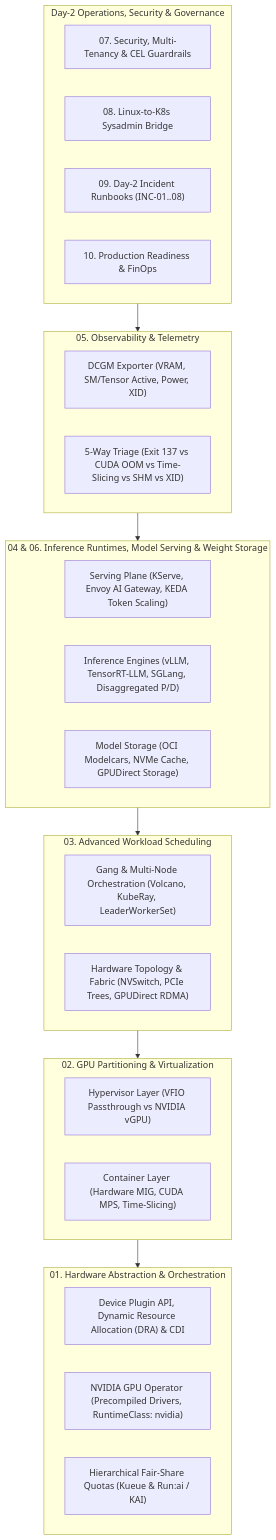
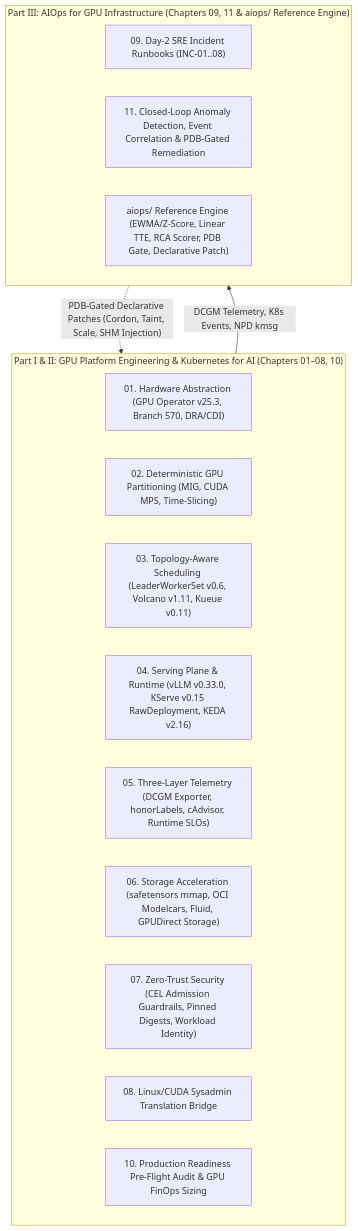
The diagram in docs/00-aiops-on-k8s-foundations-and-practices.md (xsub/AiOps_on_K8S_Fundamentals_n_Practicies), drawn with Mermaid before and after one commit. The commit also changed other lines of this file and 12 other files, not shown here.

Commit message:
docs: align MPS/MIG/GDS accuracy, validation tiers, closed-loop AIOps chapter, and citations

````diff
--- a/docs/00-aiops-on-k8s-foundations-and-practices.md
+++ b/docs/00-aiops-on-k8s-foundations-and-practices.md
@@ -9,38 +15,23 @@
 ```mermaid
-flowchart TB
-    subgraph Ops["Day-2 Operations, Security & Governance"]
-        Sec["07. Security, Multi-Tenancy & CEL Guardrails"]
-        Bridge["08. Linux-to-K8s Sysadmin Bridge"]
-        Runbooks["09. Day-2 Incident Runbooks (INC-01..08)"]
-        Checklist["10. Production Readiness & FinOps"]
+flowchart TD
+    subgraph GPUPlatform["Part I & II: GPU Platform Engineering & Kubernetes for AI (Chapters 01–08, 10)"]
+        H1["01. Hardware Abstraction (GPU Operator v25.3, Branch 570, DRA/CDI)"]
+        H2["02. Deterministic GPU Partitioning (MIG, CUDA MPS, Time-Slicing)"]
+        H3["03. Topology-Aware Scheduling (LeaderWorkerSet v0.6, Volcano v1.11, Kueue v0.11)"]
+        H4["04. Serving Plane & Runtime (vLLM v0.33.0, KServe v0.15 RawDeployment, KEDA v2.16)"]
+        H5["05. Three-Layer Telemetry (DCGM Exporter, honorLabels, cAdvisor, Runtime SLOs)"]
+        H6["06. Storage Acceleration (safetensors mmap, OCI Modelcars, Fluid, GPUDirect Storage)"]
+        H7["07. Zero-Trust Security (CEL Admission Guardrails, Pinned Digests, Workload Identity)"]
+        H8["08. Linux/CUDA Sysadmin Translation Bridge"]
+        H10["10. Production Readiness Pre-Flight Audit & GPU FinOps Sizing"]
     end
 
-    subgraph L5["05. Observability & Telemetry"]
-        DCGM["DCGM Exporter (VRAM, SM/Tensor Active, Power, XID)"]
-        OOM["5-Way Triage (Exit 137 vs CUDA OOM vs Time-Slicing vs SHM vs XID)"]
+    subgraph AIOpsEngine["Part III: AIOps for GPU Infrastructure (Chapters 09, 11 & aiops/ Reference Engine)"]
+        A1["09. Day-2 SRE Incident Runbooks (INC-01..08)"]
+        A2["11. Closed-Loop Anomaly Detection, Event Correlation & PDB-Gated Remediation"]
+        A3["aiops/ Reference Engine (EWMA/Z-Score, Linear TTE, RCA Scorer, PDB Gate, Declarative Patch)"]
     end
 
-    subgraph L4["04 & 06. Inference Runtimes, Model Serving & Weight Storage"]
-        Serve["Serving Plane (KServe, Envoy AI Gateway, KEDA Token Scaling)"]
-        Engine["Inference Engines (vLLM, TensorRT-LLM, SGLang, Disaggregated P/D)"]
-        Store["Model Storage (OCI Modelcars, NVMe Cache, GPUDirect Storage)"]
-    end
-
-    subgraph L3["03. Advanced Workload Scheduling"]
-        Gang["Gang & Multi-Node Orchestration (Volcano, KubeRay, LeaderWorkerSet)"]
-        Topo["Hardware Topology & Fabric (NVSwitch, PCIe Trees, GPUDirect RDMA)"]
-    end
-
-    subgraph L2["02. GPU Partitioning & Virtualization"]
-        VM["Hypervisor Layer (VFIO Passthrough vs NVIDIA vGPU)"]
-        Slice["Container Layer (Hardware MIG, CUDA MPS, Time-Slicing)"]
-    end
-
-    subgraph L1["01. Hardware Abstraction & Orchestration"]
-        DRA["Device Plugin API, Dynamic Resource Allocation (DRA) & CDI"]
-        Op["NVIDIA GPU Operator (Precompiled Drivers, RuntimeClass: nvidia)"]
-        Quota["Hierarchical Fair-Share Quotas (Kueue & Run:ai / KAI)"]
-    end
-
-    Ops --> L5 --> L4 --> L3 --> L2 --> L1
+    GPUPlatform -->|"DCGM Telemetry, K8s Events, NPD kmsg"| AIOpsEngine
+    AIOpsEngine -.->|"PDB-Gated Declarative Patches (Cordon, Taint, Scale, SHM Injection)"| GPUPlatform
 ```
````
